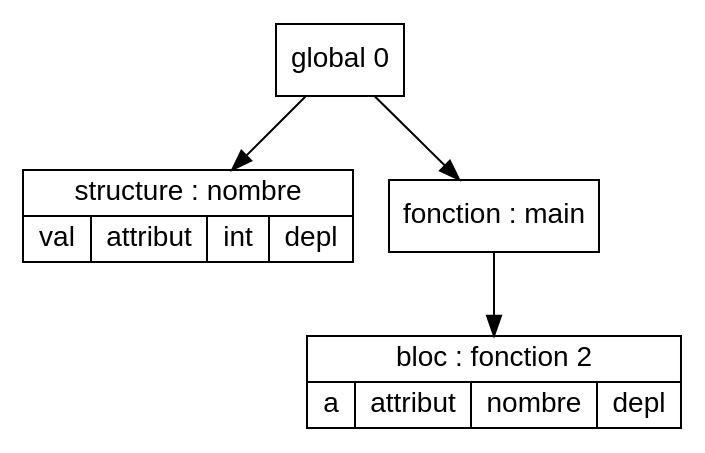
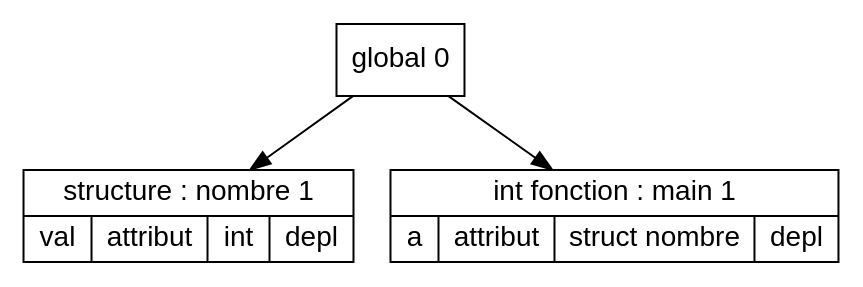
One commit to Hamza-ABDOULHOUSSEN/compil changed the diagram in Code/out/tds/dot/Test_Erreur_Semantique/type2Y.dot. Above: the diagram before and after it, drawn with Graphviz. The commit also changed 51 other files, not shown here.

```diff
--- a/Code/out/tds/dot/Test_Erreur_Semantique/type2Y.dot
+++ b/Code/out/tds/dot/Test_Erreur_Semantique/type2Y.dot
@@ -1,23 +1,19 @@
 digraph "tds"{
 
 	node [fontname="Arial"];
 
-	N1 [shape=record label="{ structure : nombre
+	N1 [shape=record label="{ structure : nombre 1
 	| { val | attribut | int | depl }
 	}"];
 
-	N3 [shape=record label="{ bloc : fonction  2
-	| { a | attribut | nombre | depl }
-	}"];
-
-	N2 [shape=record label="{ fonction : main
+	N2 [shape=record label="{ int fonction : main 1
+	| { a | attribut | struct nombre | depl }
 	}"];
 
 	N0 [shape=record label="{ global 0
 	}"];
 
 
 	N0 -> N1; 
 	N0 -> N2; 
-	N2 -> N3; 
 }
```
